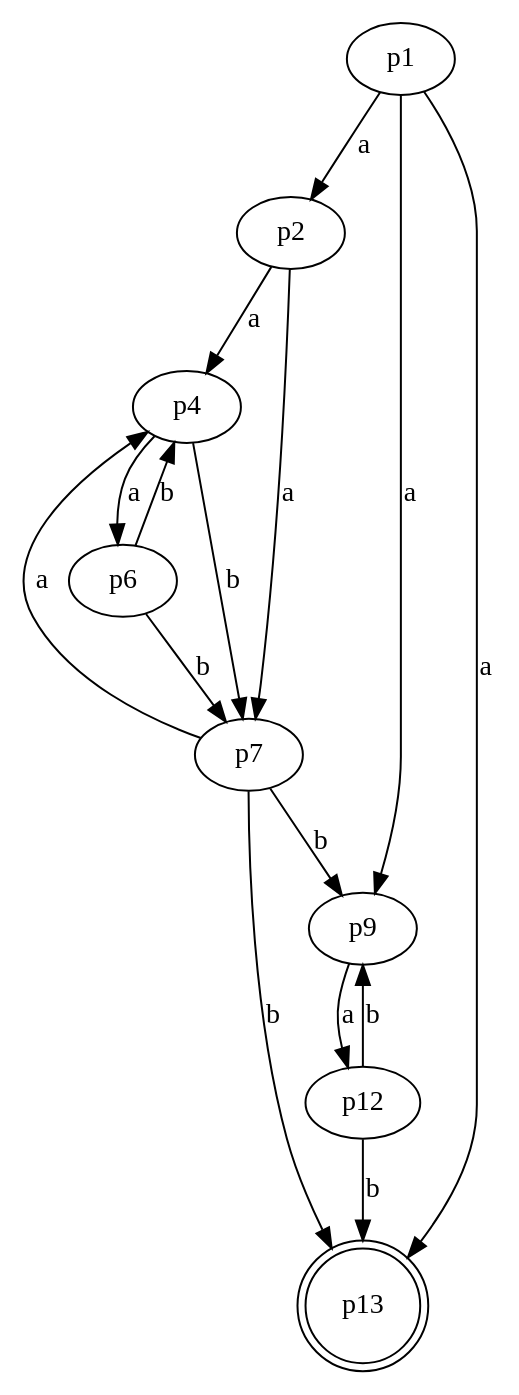
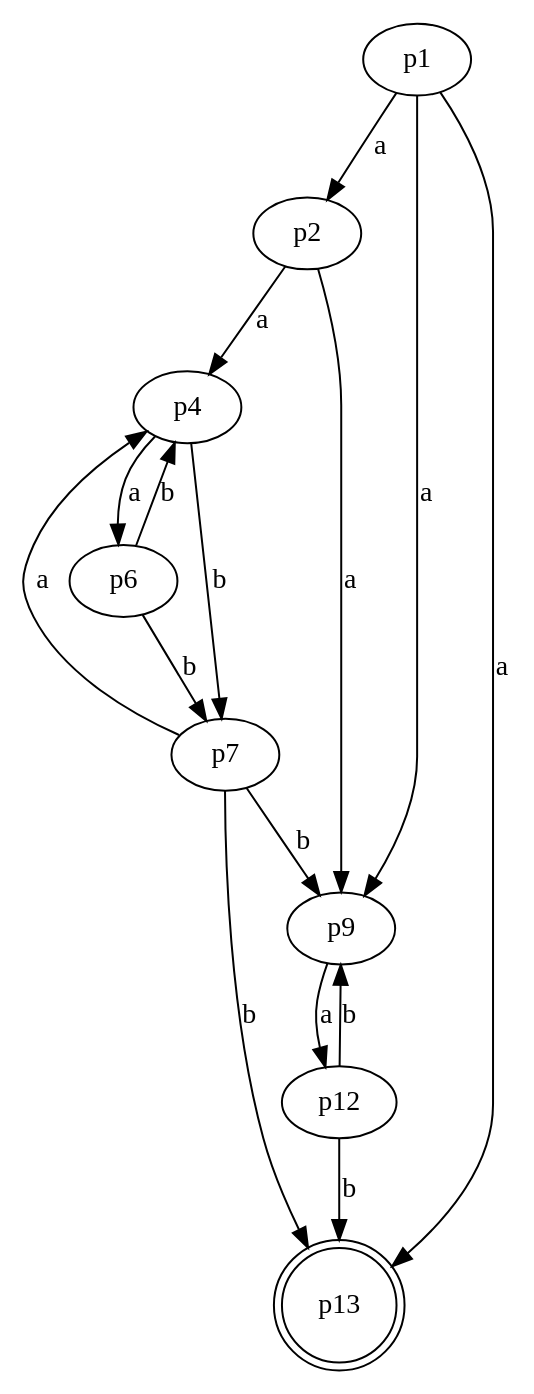
The diagram in Task3/3_2(del).gv (NRU-MPEI-IMAI/git-Edmelissa), drawn with Graphviz before and after one commit.

```diff
--- a/Task3/3_2(del).gv
+++ b/Task3/3_2(del).gv
@@ -1,34 +1,34 @@
 digraph G 
 {
     n1 [label = p1]
     n2 [label = p2]
     n4 [label = p4]
     n6 [label = p6]
     n7 [label = p7]
     n9 [label = p9]
     n12 [label = p12]
     n13[label = p13, shape = doublecircle]
 
 
     n1 -> n2 [label = "a"]
     n1 -> n9 [label = "a"]
     n1 -> n13 [label = "a"]
     
     n2 -> n4 [label = "a"]
-    n2 -> n7 [label = "a"]
+    n2 -> n9 [label = "a"]
     
     n4 -> n6 [label = "a"]
     n4 -> n7 [label = "b"]
     
     n6 -> n4 [label = "b"]
     n6 -> n7 [label = "b"]
     
     n7 -> n4 [label = "a"]
     n7 -> n9 [label = "b"]
     n7 -> n13 [label = "b"]
     
     n9 -> n12 [label = "a"]
     
     n12 -> n13 [label = "b"]
     n12 -> n9 [label = "b"]
 }
```
